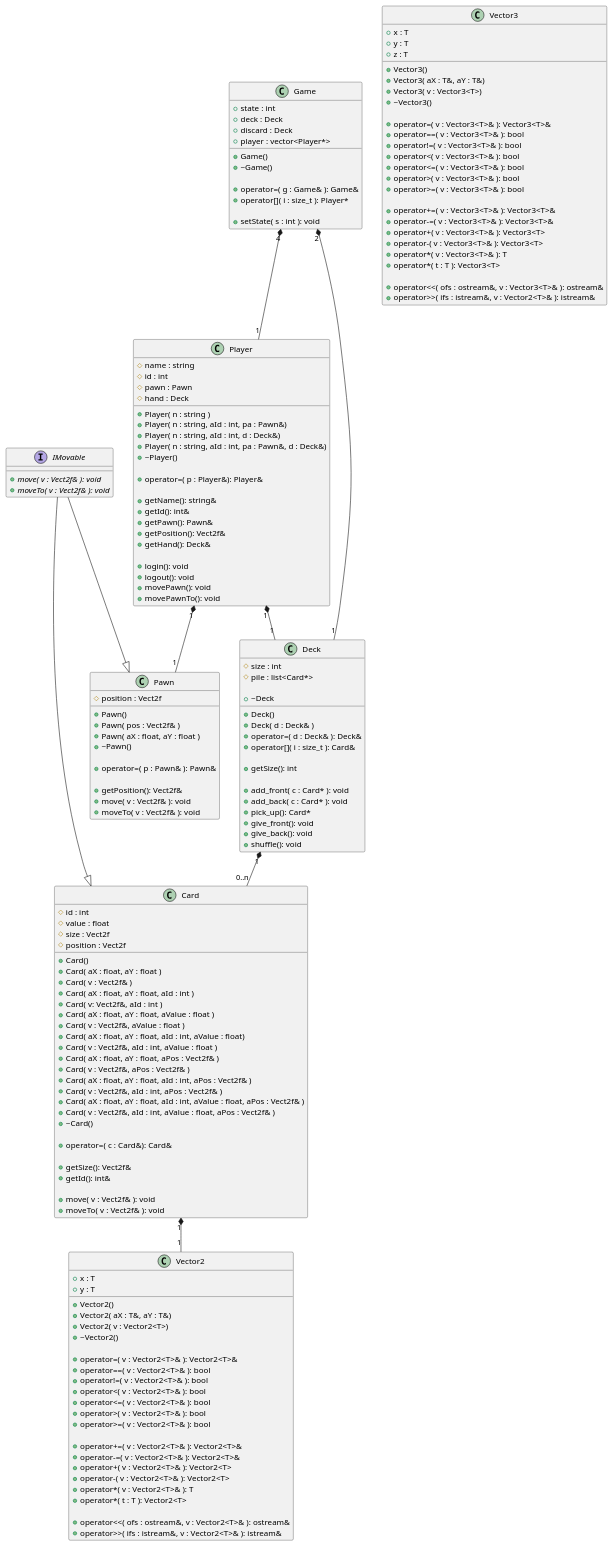
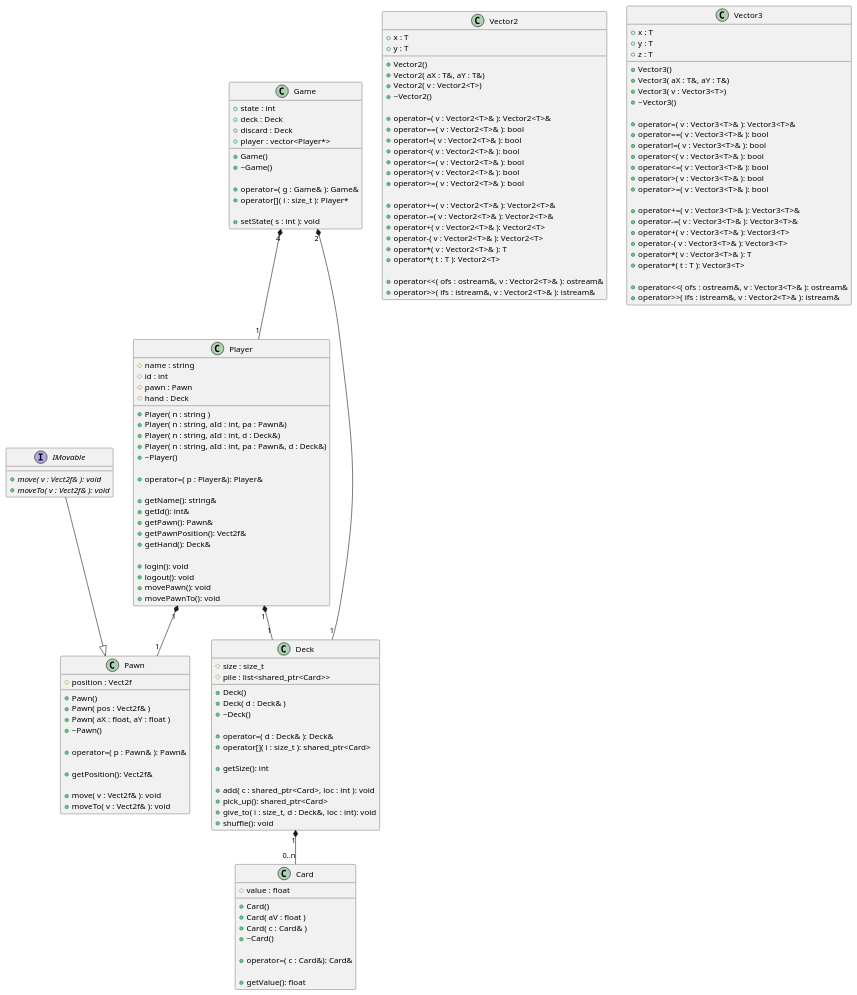
One commit to Flosilver/libRosace-dev changed the diagram in UML.puml. Above: the diagram before and after it, drawn with PlantUML. The commit also changed 2 other files, not shown here.

Commit message:
modif deck + update uml

```diff
--- a/UML.puml
+++ b/UML.puml
@@ -1,191 +1,169 @@
 @startuml UML
 
 interface IMovable{
     + {abstract} move( v : Vect2f& ): void
     + {abstract} moveTo( v : Vect2f& ): void
 }
 
 
 class Vector2 {
     + x : T
     + y : T 
 
     + Vector2()
     + Vector2( aX : T&, aY : T&)
     + Vector2( v : Vector2<T>)
     + ~Vector2()
 
     + operator=( v : Vector2<T>& ): Vector2<T>&
     + operator==( v : Vector2<T>& ): bool
     + operator!=( v : Vector2<T>& ): bool
     + operator<( v : Vector2<T>& ): bool
     + operator<=( v : Vector2<T>& ): bool
     + operator>( v : Vector2<T>& ): bool
     + operator>=( v : Vector2<T>& ): bool
 
     + operator+=( v : Vector2<T>& ): Vector2<T>&
     + operator-=( v : Vector2<T>& ): Vector2<T>&
     + operator+( v : Vector2<T>& ): Vector2<T>
     + operator-( v : Vector2<T>& ): Vector2<T>
     + operator*( v : Vector2<T>& ): T
     + operator*( t : T ): Vector2<T>
 
     + operator<<( ofs : ostream&, v : Vector2<T>& ): ostream&
     + operator>>( ifs : istream&, v : Vector2<T>& ): istream&
 }
 
 class Vector3 {
     + x : T
     + y : T 
     + z : T
 
     + Vector3()
     + Vector3( aX : T&, aY : T&)
     + Vector3( v : Vector3<T>)
     + ~Vector3()
 
     + operator=( v : Vector3<T>& ): Vector3<T>&
     + operator==( v : Vector3<T>& ): bool
     + operator!=( v : Vector3<T>& ): bool
     + operator<( v : Vector3<T>& ): bool
     + operator<=( v : Vector3<T>& ): bool
     + operator>( v : Vector3<T>& ): bool
     + operator>=( v : Vector3<T>& ): bool
 
     + operator+=( v : Vector3<T>& ): Vector3<T>&
     + operator-=( v : Vector3<T>& ): Vector3<T>&
     + operator+( v : Vector3<T>& ): Vector3<T>
     + operator-( v : Vector3<T>& ): Vector3<T>
     + operator*( v : Vector3<T>& ): T
     + operator*( t : T ): Vector3<T>
 
     + operator<<( ofs : ostream&, v : Vector3<T>& ): ostream&
     + operator>>( ifs : istream&, v : Vector2<T>& ): istream&
 }
 
 
 class Card
 {
-    # id : int
     # value : float
-    # size : Vect2f
-    # position : Vect2f
 
     + Card()
-    + Card( aX : float, aY : float )
-    + Card( v : Vect2f& )
-    + Card( aX : float, aY : float, aId : int )
-    + Card( v: Vect2f&, aId : int )
-    + Card( aX : float, aY : float, aValue : float )
-    + Card( v : Vect2f&, aValue : float )
-    + Card( aX : float, aY : float, aId : int, aValue : float)
-    + Card( v : Vect2f&, aId : int, aValue : float )
-    + Card( aX : float, aY : float, aPos : Vect2f& )
-    + Card( v : Vect2f&, aPos : Vect2f& )
-    + Card( aX : float, aY : float, aId : int, aPos : Vect2f& )
-    + Card( v : Vect2f&, aId : int, aPos : Vect2f& )
-    + Card( aX : float, aY : float, aId : int, aValue : float, aPos : Vect2f& )
-    + Card( v : Vect2f&, aId : int, aValue : float, aPos : Vect2f& )
+    + Card( aV : float )
+    + Card( c : Card& )
     + ~Card()
 
     + operator=( c : Card&): Card&
     
-    + getSize(): Vect2f&
-    + getId(): int&
-
-    + move( v : Vect2f& ): void
-    + moveTo( v : Vect2f& ): void
+    + getValue(): float
 }
 
 class Deck{
-    # size : int
-    # pile : list<Card*>
+    # size : size_t
+    # pile : list<shared_ptr<Card>>
 
     + Deck()
     + Deck( d : Deck& )
-    + ~Deck
+    + ~Deck()
 
     + operator=( d : Deck& ): Deck&
-    + operator[]( i : size_t ): Card&
+    + operator[]( i : size_t ): shared_ptr<Card>
 
     + getSize(): int
 
-    + add_front( c : Card* ): void
-    + add_back( c : Card* ): void
-    + pick_up(): Card*
-    + give_front(): void
-    + give_back(): void
+    + add( c : shared_ptr<Card>, loc : int ): void
+    + pick_up(): shared_ptr<Card>
+    + give_to( i : size_t, d : Deck&, loc : int): void
     + shuffle(): void
 }
 
 class Player{
     # name : string
     # id : int
     # pawn : Pawn
     # hand : Deck
     
     + Player( n : string )
     + Player( n : string, aId : int, pa : Pawn&)
     + Player( n : string, aId : int, d : Deck&)
     + Player( n : string, aId : int, pa : Pawn&, d : Deck&)
     + ~Player()
 
     + operator=( p : Player&): Player&
 
     + getName(): string&
     + getId(): int&
     + getPawn(): Pawn&
-    + getPosition(): Vect2f&
+    + getPawnPosition(): Vect2f&
     + getHand(): Deck&
 
     + login(): void
     + logout(): void
     + movePawn(): void
     + movePawnTo(): void
 }
 
 class Pawn{
     # position : Vect2f
 
     + Pawn()
     + Pawn( pos : Vect2f& )
     + Pawn( aX : float, aY : float )
     + ~Pawn()
 
     + operator=( p : Pawn& ): Pawn&
 
     + getPosition(): Vect2f&
+
     + move( v : Vect2f& ): void
     + moveTo( v : Vect2f& ): void
 }
 
 class Game{
     + state : int
     + deck : Deck
     + discard : Deck
     + player : vector<Player*>
 
     + Game()
     + ~Game()
 
     + operator=( g : Game& ): Game&
     + operator[]( i : size_t ): Player*
 
     + setState( s : int ): void
 }
 
-IMovable --|> Card
 IMovable --|> Pawn
 
 
-Card "1" *-- "1" Vector2
 
 Deck "1" *-- "0..n" Card
 
 Player "1" *-- "1" Pawn
 Player "1" *-- "1" Deck
 
 Game "4" *-- "1" Player
 Game "2" *-- "1" Deck
 
 @enduml
```
